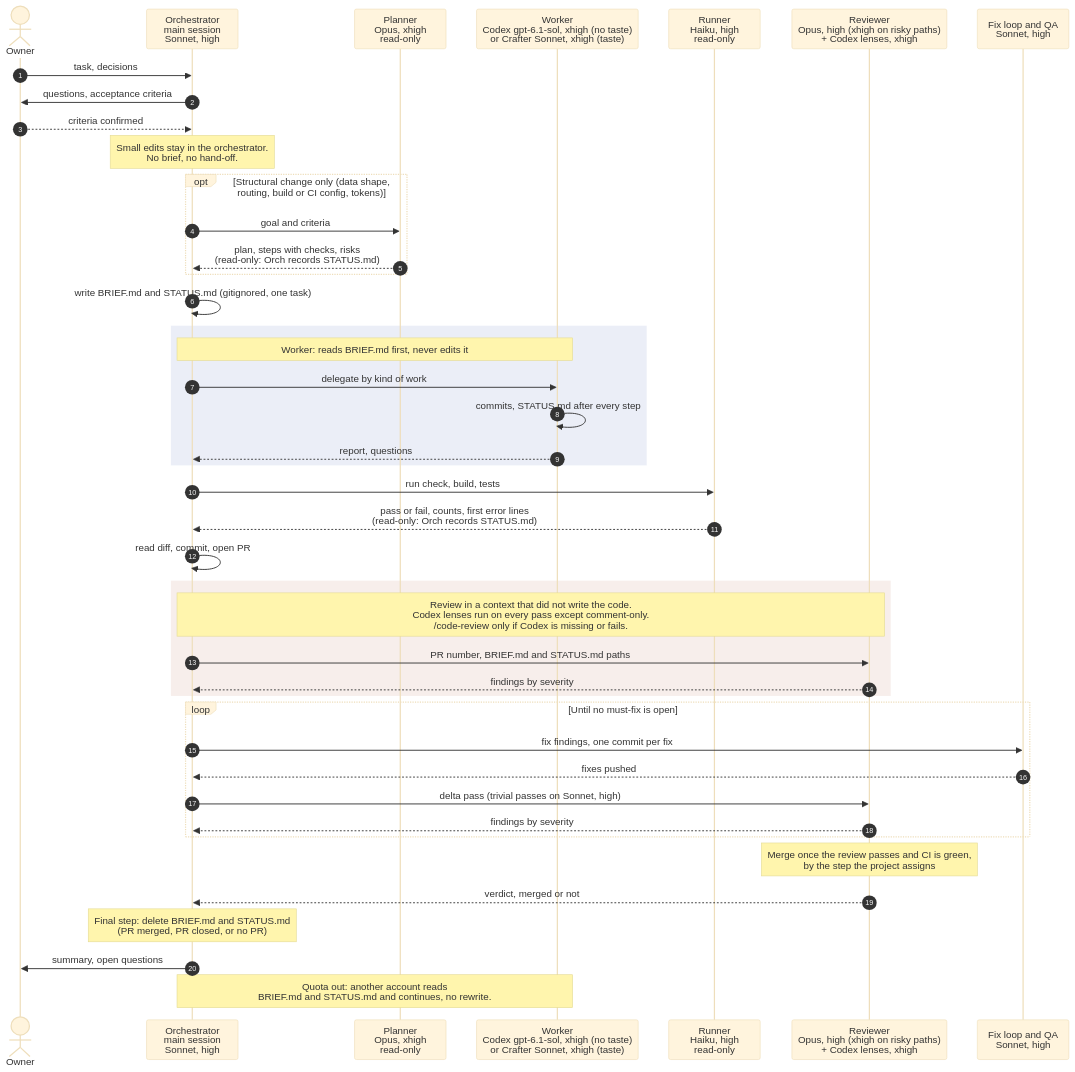
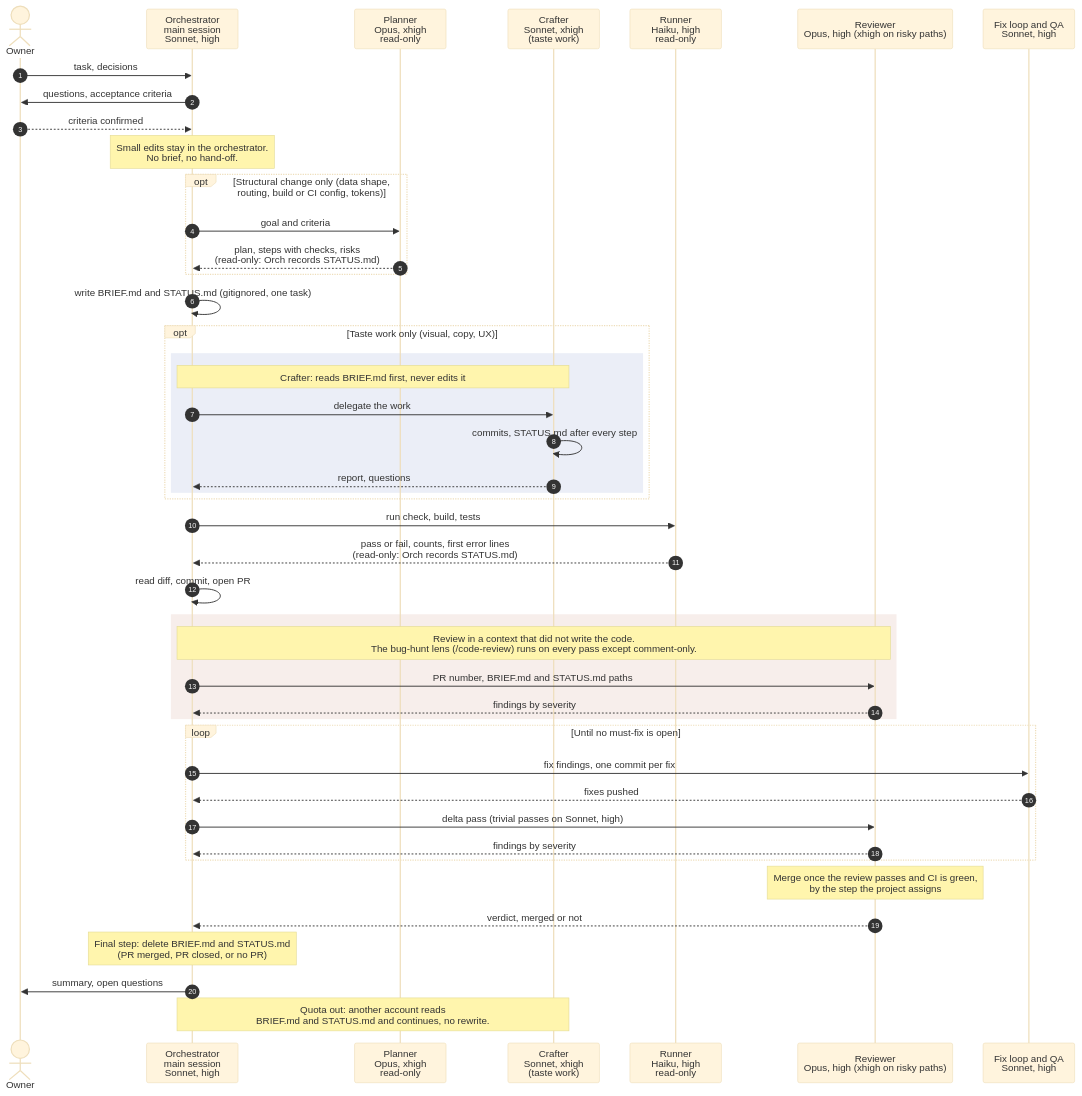
The diagram in diagram/routing.mmd (ViacheslavDanilov/agent-routing), drawn with Mermaid (base theme) before and after one commit. The commit also changed 7 other files, not shown here.

```diff
--- a/diagram/routing.mmd
+++ b/diagram/routing.mmd
@@ -1,54 +1,56 @@
 sequenceDiagram
     autonumber
     actor Owner
     participant Orch as Orchestrator<br/>main session<br/>Sonnet, high
     participant Plan as Planner<br/>Opus, xhigh<br/>read-only
-    participant Work as Worker<br/>Codex gpt-6.1-sol, xhigh (no taste)<br/>or Crafter Sonnet, xhigh (taste)
+    participant Craft as Crafter<br/>Sonnet, xhigh<br/>(taste work)
     participant Run as Runner<br/>Haiku, high<br/>read-only
-    participant Rev as Reviewer<br/>Opus, high (xhigh on risky paths)<br/>+ Codex lenses, xhigh
+    participant Rev as Reviewer<br/>Opus, high (xhigh on risky paths)
     participant Fix as Fix loop and QA<br/>Sonnet, high
 
     Owner->>Orch: task, decisions
     Orch->>Owner: questions, acceptance criteria
     Owner-->>Orch: criteria confirmed
 
     Note over Orch: Small edits stay in the orchestrator.<br/>No brief, no hand-off.
 
     opt Structural change only (data shape, routing, build or CI config, tokens)
         Orch->>Plan: goal and criteria
         Plan-->>Orch: plan, steps with checks, risks<br/>(read-only: Orch records STATUS.md)
     end
 
     Orch->>Orch: write BRIEF.md and STATUS.md (gitignored, one task)
 
-    rect rgba(120, 140, 200, 0.15)
-        Note over Orch,Work: Worker: reads BRIEF.md first, never edits it
-        Orch->>Work: delegate by kind of work
-        Work->>Work: commits, STATUS.md after every step
-        Work-->>Orch: report, questions
+    opt Taste work only (visual, copy, UX)
+        rect rgba(120, 140, 200, 0.15)
+            Note over Orch,Craft: Crafter: reads BRIEF.md first, never edits it
+            Orch->>Craft: delegate the work
+            Craft->>Craft: commits, STATUS.md after every step
+            Craft-->>Orch: report, questions
+        end
     end
 
     Orch->>Run: run check, build, tests
     Run-->>Orch: pass or fail, counts, first error lines<br/>(read-only: Orch records STATUS.md)
 
     Orch->>Orch: read diff, commit, open PR
 
     rect rgba(200, 140, 120, 0.15)
-        Note over Orch,Rev: Review in a context that did not write the code.<br/>Codex lenses run on every pass except comment-only.<br/>/code-review only if Codex is missing or fails.
+        Note over Orch,Rev: Review in a context that did not write the code.<br/>The bug-hunt lens (/code-review) runs on every pass except comment-only.
         Orch->>Rev: PR number, BRIEF.md and STATUS.md paths
         Rev-->>Orch: findings by severity
     end
 
     loop Until no must-fix is open
         Orch->>Fix: fix findings, one commit per fix
         Fix-->>Orch: fixes pushed
         Orch->>Rev: delta pass (trivial passes on Sonnet, high)
         Rev-->>Orch: findings by severity
     end
 
     Note over Rev: Merge once the review passes and CI is green,<br/>by the step the project assigns
     Rev-->>Orch: verdict, merged or not
     Note over Orch: Final step: delete BRIEF.md and STATUS.md<br/>(PR merged, PR closed, or no PR)
     Orch->>Owner: summary, open questions
 
-    Note over Orch,Work: Quota out: another account reads<br/>BRIEF.md and STATUS.md and continues, no rewrite.
+    Note over Orch,Craft: Quota out: another account reads<br/>BRIEF.md and STATUS.md and continues, no rewrite.
```
